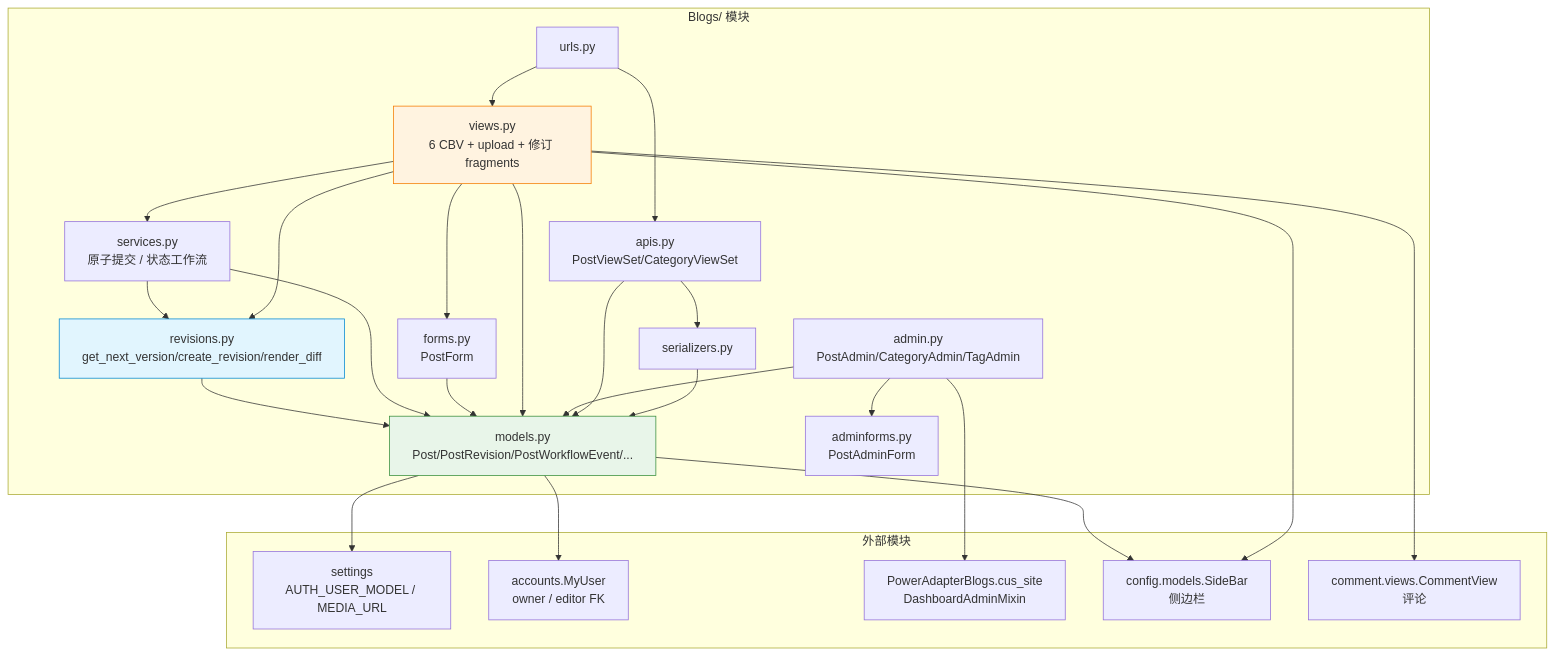
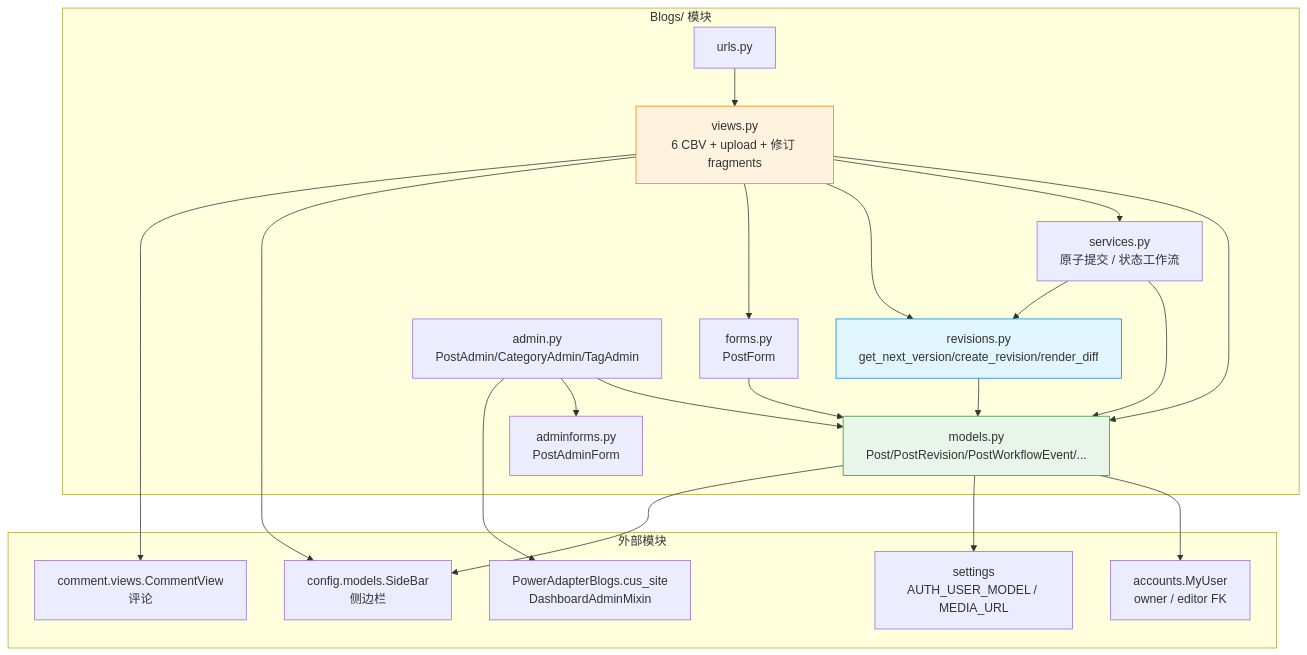
Before and after one commit to se-veN714/PowerAdapterBlogs: the eighth of 8 diagrams in Blogs/DEVELOPMENT.md, drawn with Mermaid. The commit also changed other lines of this file and 18 other files, not shown here.

````diff
--- a/Blogs/DEVELOPMENT.md
+++ b/Blogs/DEVELOPMENT.md
@@ -677,56 +671,48 @@
 ```mermaid
 flowchart TD
     subgraph external["外部模块"]
         SET["settings<br/>AUTH_USER_MODEL / MEDIA_URL"]
         ACC["accounts.MyUser<br/>owner / editor FK"]
         CUS["PowerAdapterBlogs.cus_site<br/>DashboardAdminMixin"]
         CONF["config.models.SideBar<br/>侧边栏"]
         CMT["comment.views.CommentView<br/>评论"]
     end
 
     subgraph blogs["Blogs/ 模块"]
         MODELS["models.py<br/>Post/PostRevision/PostWorkflowEvent/... "]
         REV["revisions.py<br/>get_next_version/create_revision/render_diff"]
         FORMS["forms.py<br/>PostForm"]
         ADMIN_F["adminforms.py<br/>PostAdminForm"]
         SERVICE["services.py<br/>原子提交 / 状态工作流"]
         VIEWS["views.py<br/>6 CBV + upload + 修订 fragments"]
         ADMIN["admin.py<br/>PostAdmin/CategoryAdmin/TagAdmin"]
-        APIS["apis.py<br/>PostViewSet/CategoryViewSet"]
-        SERIAL["serializers.py"]
         URLS["urls.py"]
     end
 
     MODELS --> ACC
     MODELS --> SET
     MODELS --> CONF
 
     REV --> MODELS
     SERVICE --> MODELS
     SERVICE --> REV
 
     FORMS --> MODELS
 
     VIEWS --> MODELS
     VIEWS --> SERVICE
     VIEWS --> REV
     VIEWS --> FORMS
     VIEWS --> CONF
     VIEWS --> CMT
 
     ADMIN --> MODELS
     ADMIN --> ADMIN_F
     ADMIN --> CUS
 
-    APIS --> MODELS
-    APIS --> SERIAL
-
-    SERIAL --> MODELS
-
     URLS --> VIEWS
-    URLS --> APIS
 
     style MODELS fill:#e8f5e9,stroke:#388e3c
     style REV fill:#e1f5fe,stroke:#0288d1
     style VIEWS fill:#fff3e0,stroke:#f57c00
 ```
````
